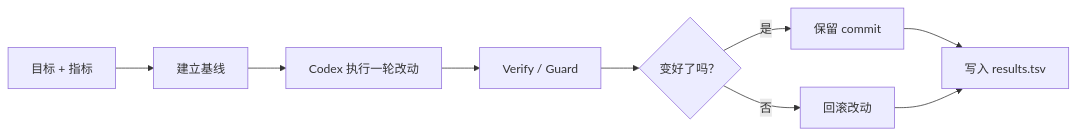
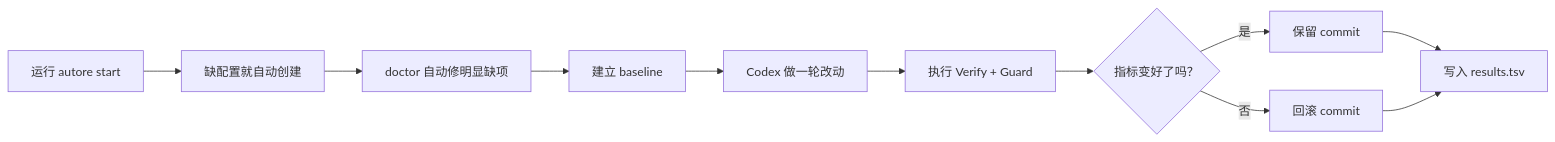
The diagram in docs/README.zh-CN.md (wimi321/codex-autoresearch), drawn with Mermaid before and after one commit. The commit also changed other lines of this file and 6 other files, not shown here.

````diff
--- a/docs/README.zh-CN.md
+++ b/docs/README.zh-CN.md
@@ -39,11 +105,13 @@
 ```mermaid
 flowchart LR
-    A["目标 + 指标"] --> B["建立基线"]
-    B --> C["Codex 执行一轮改动"]
-    C --> D["Verify / Guard"]
-    D --> E{"变好了吗？"}
-    E -- "是" --> F["保留 commit"]
-    E -- "否" --> G["回滚改动"]
-    F --> H["写入 results.tsv"]
-    G --> H
+    A["运行 autore start"] --> B["缺配置就自动创建"]
+    B --> C["doctor 自动修明显缺项"]
+    C --> D["建立 baseline"]
+    D --> E["Codex 做一轮改动"]
+    E --> F["执行 Verify + Guard"]
+    F --> G{"指标变好了吗？"}
+    G -- "是" --> H["保留 commit"]
+    G -- "否" --> I["回滚 commit"]
+    H --> J["写入 results.tsv"]
+    I --> J
 ```
````
